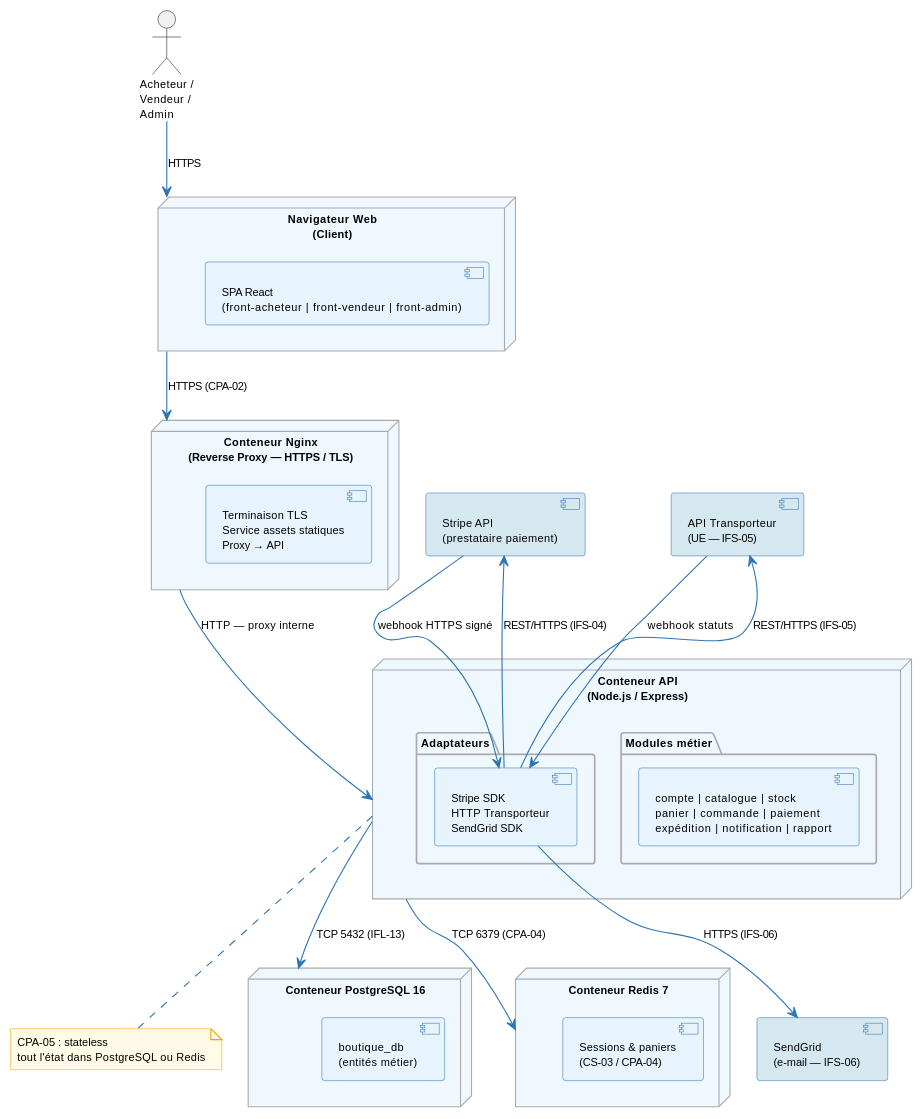
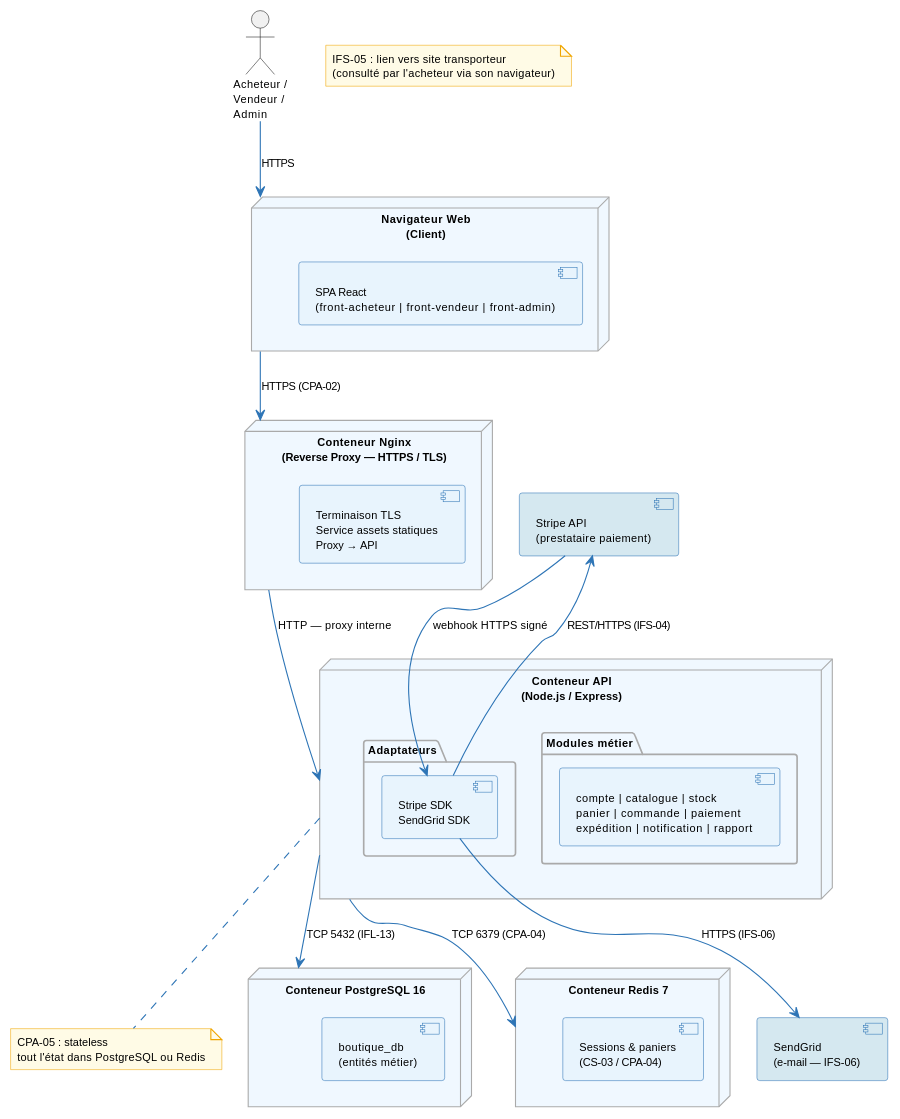
The first of 4 diagrams in architecture/04-physical-architecture/pa.adoc (louistalvande/online_shop), drawn with PlantUML before and after one commit. The commit also changed other lines of this file and 4 other files, not shown here.

```diff
--- a/architecture/04-physical-architecture/pa.adoc
+++ b/architecture/04-physical-architecture/pa.adoc
@@ -165,60 +161,59 @@
 [plantuml, pa-deployment, svg]
 ----
 skinparam nodeBackgroundColor #FEFEFE
 skinparam nodeBorderColor #2E75B6
 skinparam componentBackgroundColor #E8F4FD
 skinparam componentBorderColor #2E75B6
 skinparam arrowColor #2E75B6
 skinparam noteBackgroundColor #FFFBE6
 skinparam noteBorderColor #F0A500
 skinparam defaultFontSize 10
 skinparam packageBackgroundColor #F0F8FF
 skinparam packageBorderColor #AAAAAA
 
 actor "Acheteur /\nVendeur /\nAdmin" as User
 
 node "Navigateur Web\n(Client)" as Browser {
   component "SPA React\n(front-acheteur | front-vendeur | front-admin)" as SPA
 }
 
 node "Conteneur Nginx\n(Reverse Proxy — HTTPS / TLS)" as Nginx {
   component "Terminaison TLS\nService assets statiques\nProxy → API" as NginxComp
 }
 
 node "Conteneur API\n(Node.js / Express)" as AppServer {
   package "Modules métier" {
     component "compte | catalogue | stock\npanier | commande | paiement\nexpédition | notification | rapport" as Modules
   }
   package "Adaptateurs" {
-    component "Stripe SDK\nHTTP Transporteur\nSendGrid SDK" as Adapters
+    component "Stripe SDK\nSendGrid SDK" as Adapters
   }
 }
 
 node "Conteneur PostgreSQL 16" as DB {
   component "boutique_db\n(entités métier)" as PgDB
 }
 
 node "Conteneur Redis 7" as Cache {
   component "Sessions & paniers\n(CS-03 / CPA-04)" as RedisDB
 }
 
 component "Stripe API\n(prestataire paiement)" as Stripe #D5E8F0
-component "API Transporteur\n(UE — IFS-05)" as CarrierAPI #D5E8F0
 component "SendGrid\n(e-mail — IFS-06)" as SendGrid #D5E8F0
+
+note "IFS-05 : lien vers site transporteur\n(consulté par l'acheteur via son navigateur)" as NCarrier
 
 User --> Browser : HTTPS
 Browser --> Nginx : HTTPS (CPA-02)
 Nginx --> AppServer : HTTP — proxy interne
 AppServer --> DB : TCP 5432 (IFL-13)
 AppServer --> Cache : TCP 6379 (CPA-04)
 Adapters --> Stripe : REST/HTTPS (IFS-04)
 Stripe --> Adapters : webhook HTTPS signé
-Adapters --> CarrierAPI : REST/HTTPS (IFS-05)
-CarrierAPI --> Adapters : webhook statuts
 Adapters --> SendGrid : HTTPS (IFS-06)
 
 note bottom of AppServer
   CPA-05 : stateless
   tout l'état dans PostgreSQL ou Redis
 end note
 ----
```
